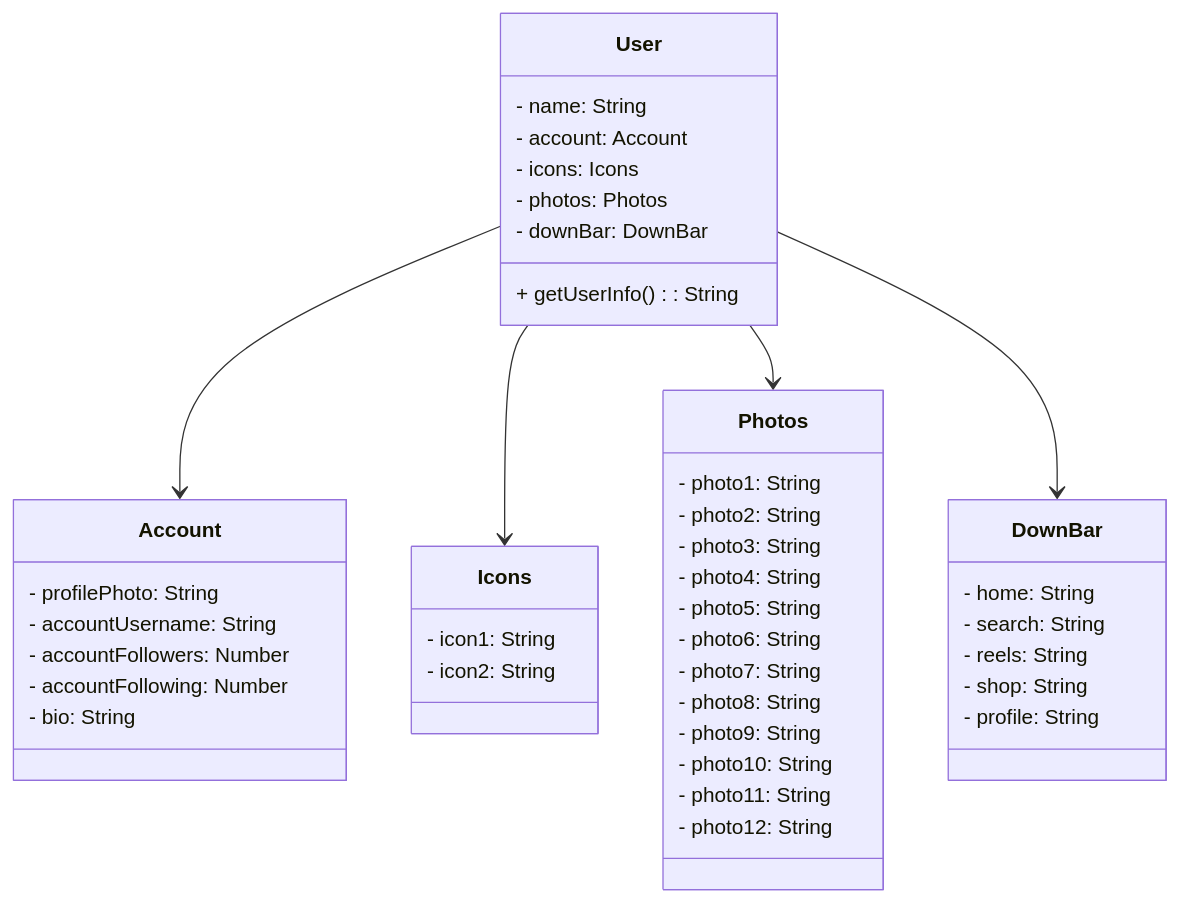
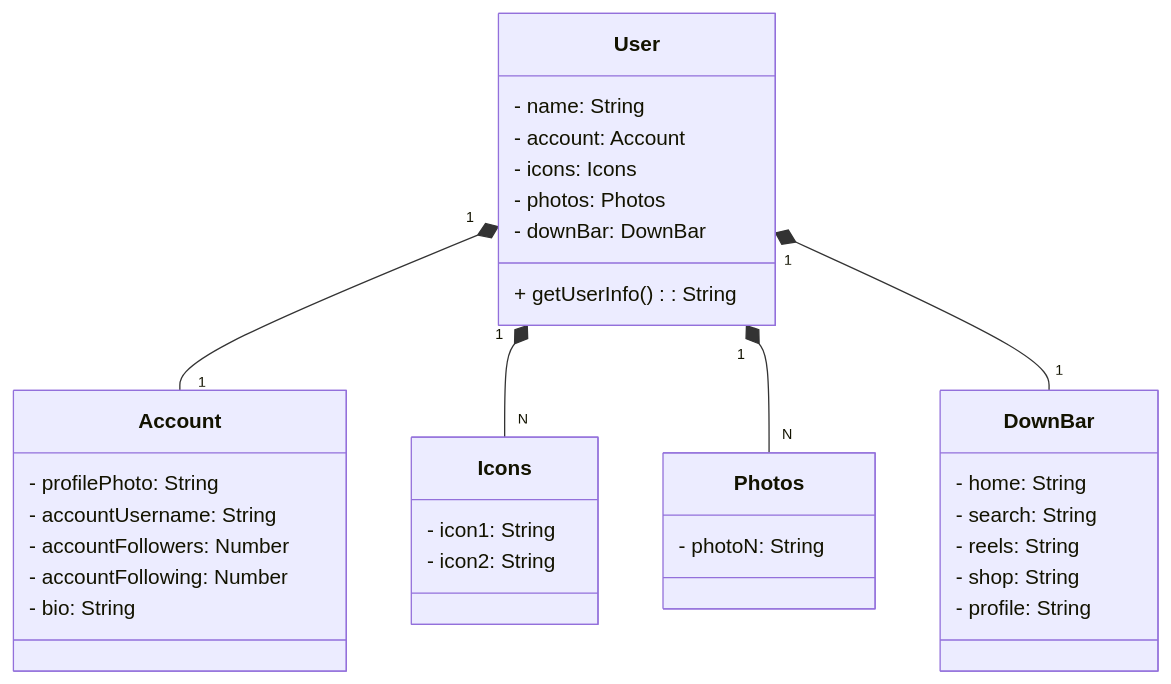
The diagram in Projeto API com Spring3/README.md (JulioErdei/bootcamp-java-trabalhos), drawn with Mermaid before and after one commit.

Commit message:
Update README.md
DIAGRAMA FINALIZADO

````diff
--- a/Projeto API com Spring3/README.md
+++ b/Projeto API com Spring3/README.md
@@ -6,54 +6,43 @@
   ```mermaid
   classDiagram
   class User {
     - name: String
     - account: Account
     - icons: Icons
     - photos: Photos
     - downBar: DownBar
     
     + getUserInfo(): String
   }
 
   class Account {
     - profilePhoto: String
     - accountUsername: String
     - accountFollowers: Number
     - accountFollowing: Number
     - bio: String
   }
 
   class Icons {
     - icon1: String
     - icon2: String
   }
 
   class Photos {
-    - photo1: String
-    - photo2: String
-    - photo3: String
-    - photo4: String
-    - photo5: String
-    - photo6: String
-    - photo7: String
-    - photo8: String
-    - photo9: String
-    - photo10: String
-    - photo11: String
-    - photo12: String
+    - photoN: String
   }
 
   class DownBar {
     - home: String
     - search: String
     - reels: String
     - shop: String
     - profile: String
   }
 
-  User --> Account
-  User --> Icons
-  User --> Photos
-  User --> DownBar
+  User "1" *-- "1" Account
+  User "1" *-- "N" Icons
+  User "1" *-- "N" Photos
+  User "1" *-- "1" DownBar
 
   ```
````
